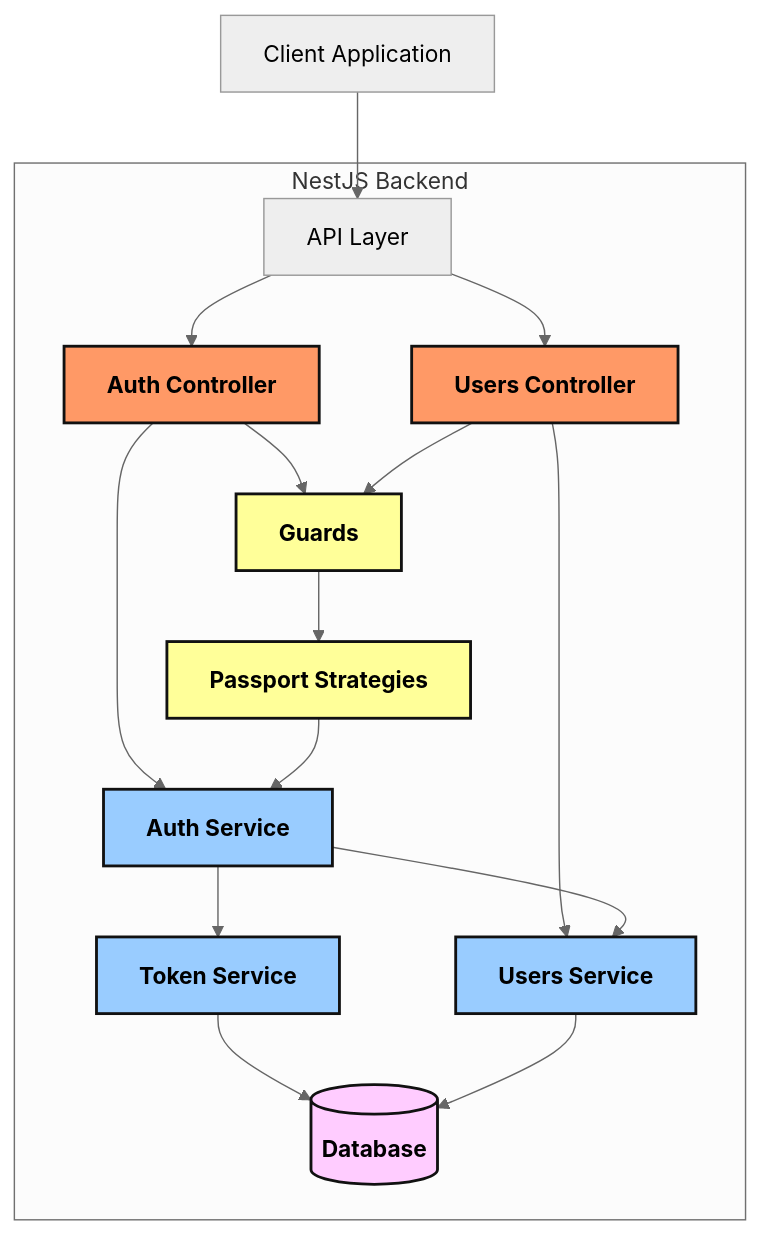
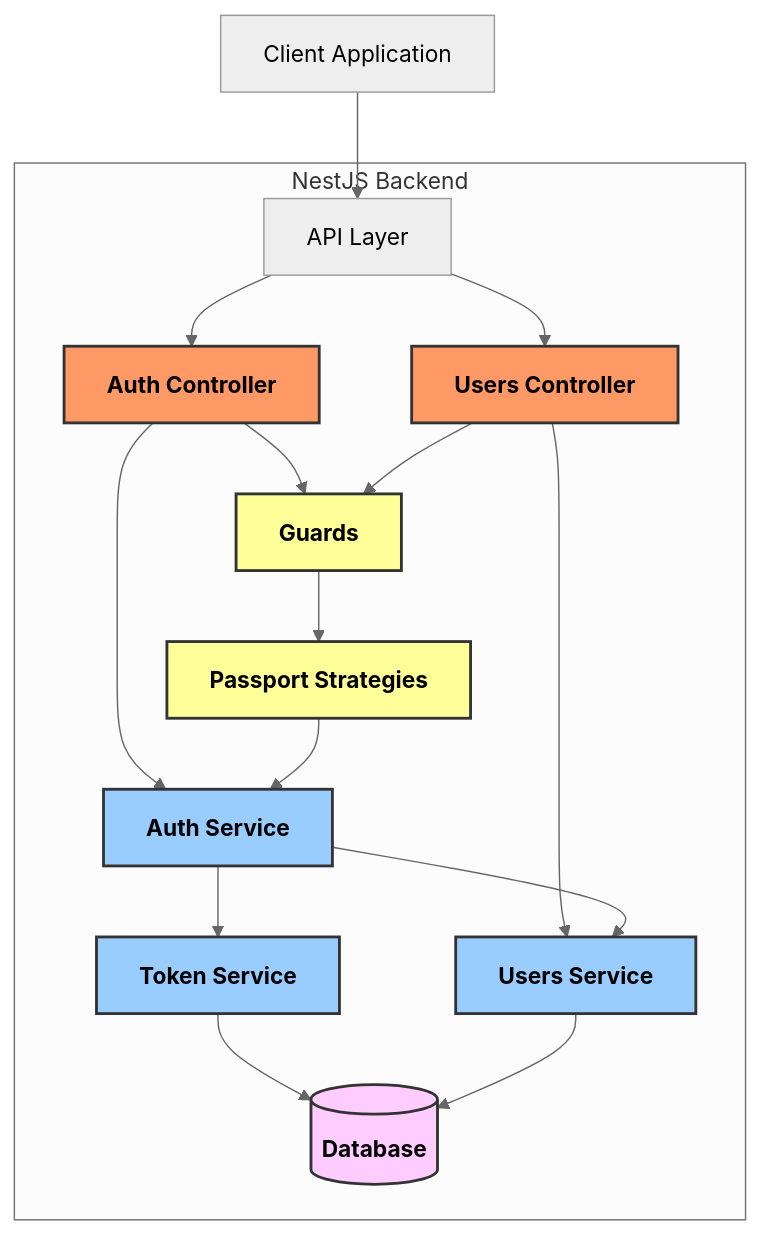
One commit to ezee969/sunnsteel-backend changed the sixth of 6 diagrams in README.md. Above: the diagram before and after it, drawn with Mermaid (neutral theme). The commit also changed other lines of this file and 8 other files, not shown here.

````diff
--- a/README.md
+++ b/README.md
@@ -269,35 +269,35 @@
 ```mermaid
 graph TD
     Client[Client Application] --> API[API Layer]
 
     subgraph NestJS Backend
         API --> AuthC[Auth Controller]
         API --> UserC[Users Controller]
 
         AuthC --> AuthS[Auth Service]
         UserC --> UserS[Users Service]
 
         AuthS --> TokenS[Token Service]
         AuthS --> UserS
 
         TokenS --> DB[(Database)]
         UserS --> DB
 
         AuthC --> Guards[Guards]
         UserC --> Guards
 
         Guards --> Strategies[Passport Strategies]
         Strategies --> AuthS
     end
 
-    classDef controllers fill:#f96,stroke:#111,stroke-width:2px,font-weight:bold
-    classDef services fill:#9cf,stroke:#111,stroke-width:2px,font-weight:bold
-    classDef database fill:#fcf,stroke:#111,stroke-width:2px,font-weight:bold
-    classDef middleware fill:#ff9,stroke:#111,stroke-width:2px,font-weight:bold
+    classDef controllers fill:#f96,stroke:#333,stroke-width:2px,font-weight:bold
+    classDef services fill:#9cf,stroke:#333,stroke-width:2px,font-weight:bold
+    classDef database fill:#fcf,stroke:#333,stroke-width:2px,font-weight:bold
+    classDef middleware fill:#ff9,stroke:#333,stroke-width:2px,font-weight:bold
 
     class AuthC,UserC controllers
     class AuthS,UserS,TokenS services
     class DB database
     class Guards,Strategies middleware
 
 ```
````
